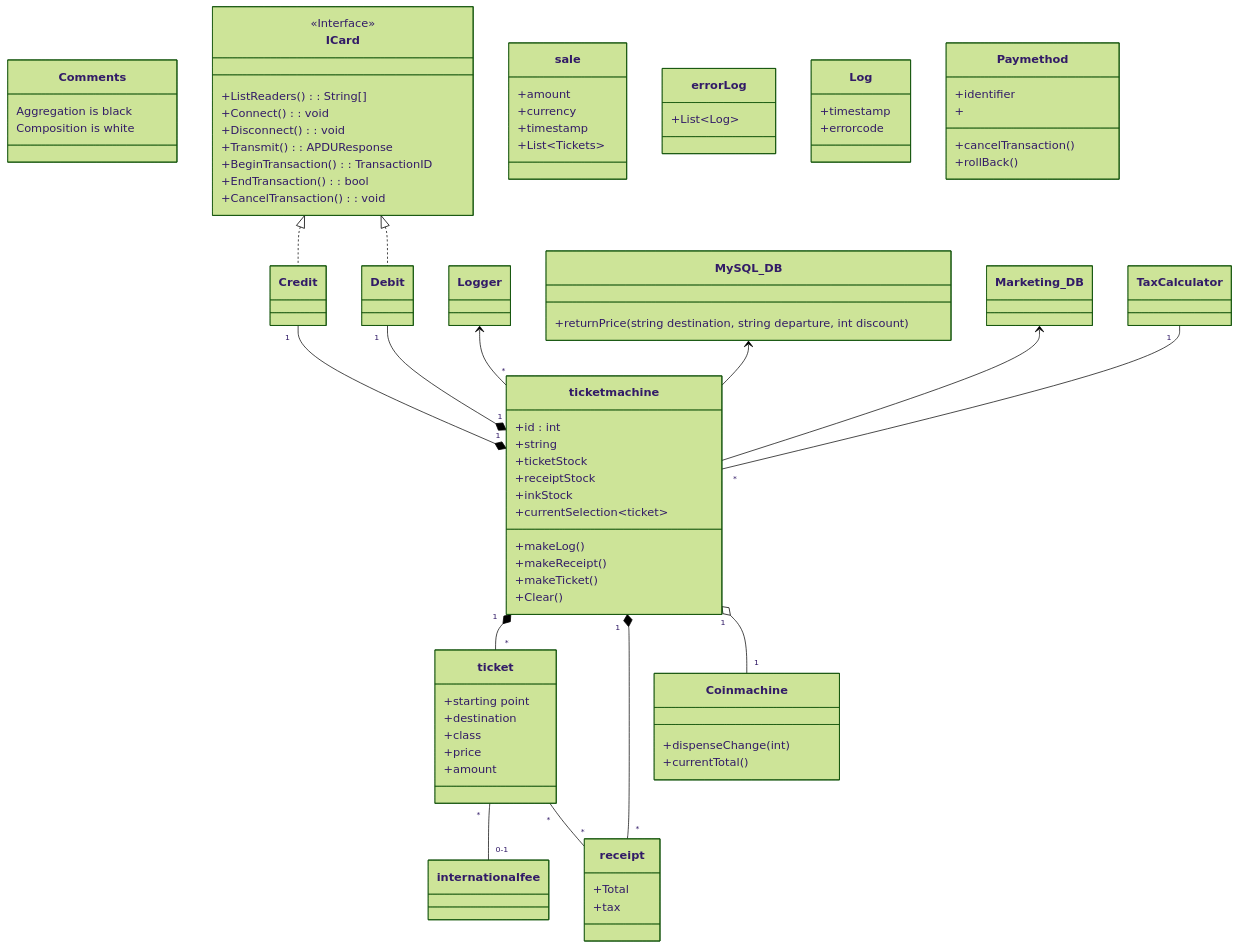
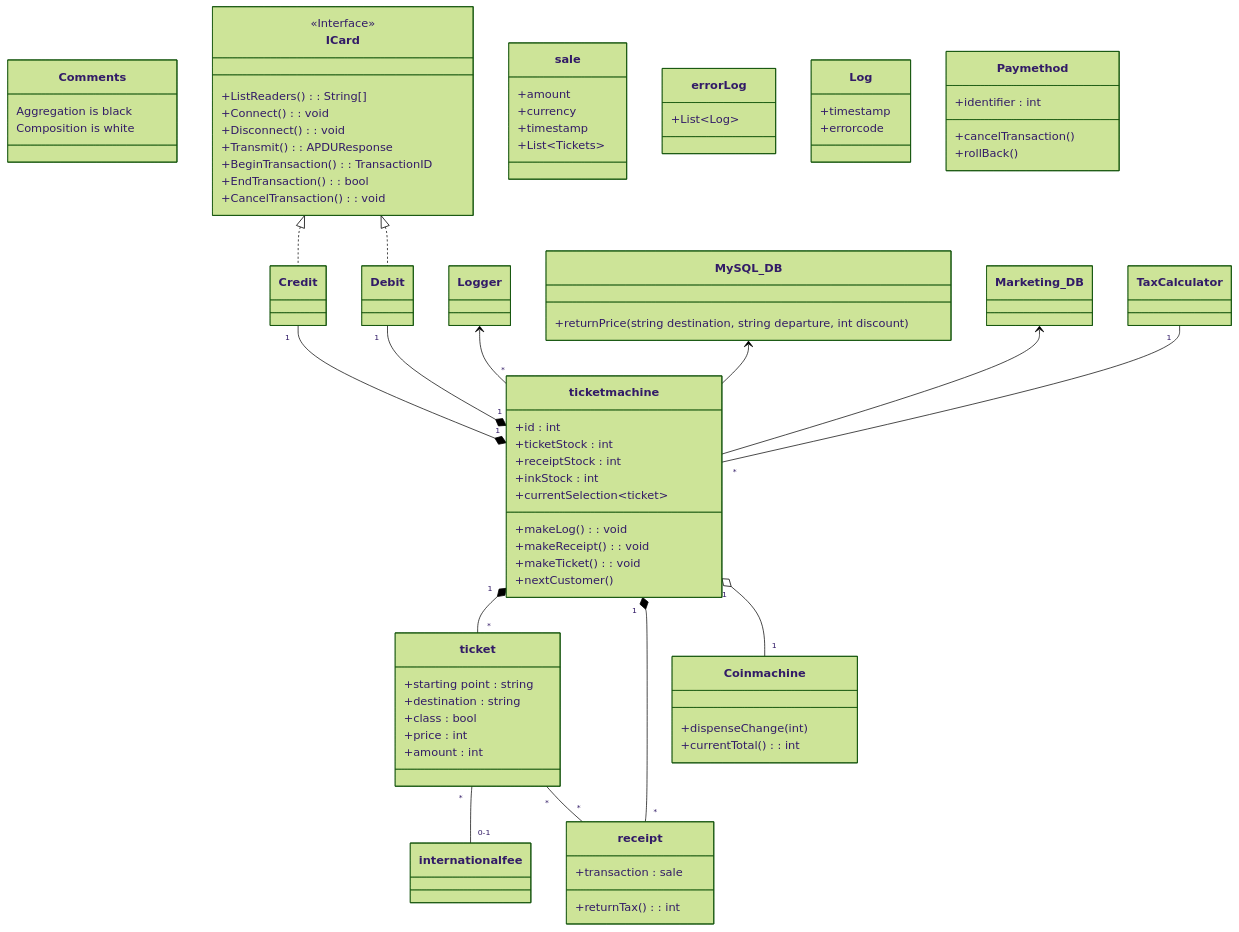
The diagram in Classes.md (ThannerJonna/MSO23_G19), drawn with Mermaid (forest theme) before and after one commit.

Commit message:
classes aangepast

```diff
--- a/Classes.md
+++ b/Classes.md
@@ -44,42 +44,40 @@
 
 class ticketmachine{
     +id : int
-    +string 
-    +ticketStock
-    +receiptStock
-    +inkStock
-    +makeLog()
-    +makeReceipt()
-    +makeTicket()
+    +ticketStock : int
+    +receiptStock : int
+    +inkStock : int 
+    +makeLog() : void
+    +makeReceipt() : void
+    +makeTicket() : void
     +currentSelection~ticket~
-    +Clear()
+    +nextCustomer()
 }
 
 
 class ticket{
-    +starting point
-    +destination
-    +class
-    +price
-    +amount
+    +starting point : string
+    +destination : string
+    +class : bool
+    +price : int
+    +amount : int
 }
 
 
 class Paymethod{
-    +identifier
+    +identifier : int
     +cancelTransaction()
     +rollBack()
-    +
 }
 
 class Coinmachine{
     +dispenseChange(int)
-    +currentTotal()
+    +currentTotal() : int
 }
 
 class receipt{
-    +Total
-    +tax
+    +transaction : sale
+    +returnTax() : int
 }
 
 
```
